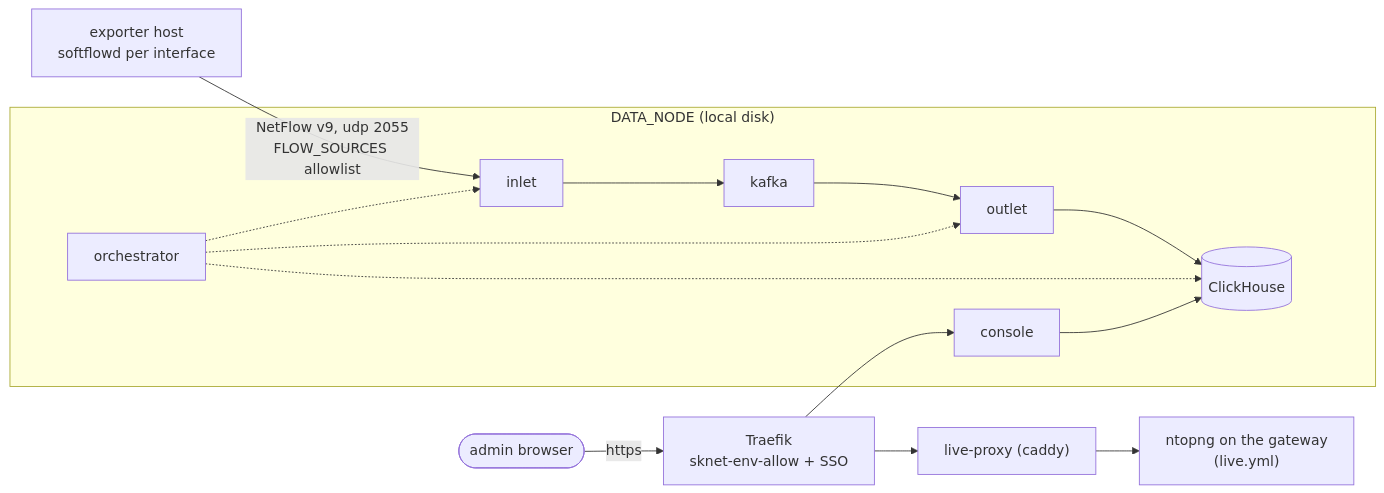
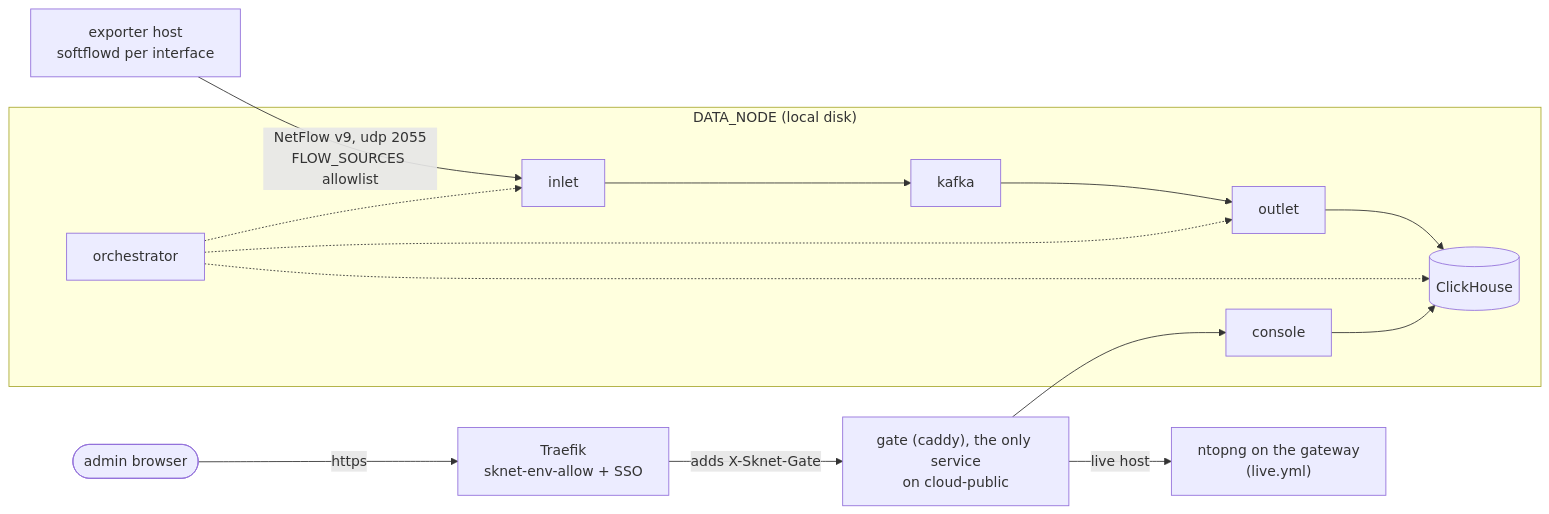
The diagram in v1/ansible/optional/sknet/README.md (smilinTux/skstacks), drawn with Mermaid before and after one commit. The commit also changed other lines of this file and 11 other files, not shown here.

First line of the commit message:
docs(sknet): describe the gate, the gwbridge source address and the review nits

````diff
--- a/v1/ansible/optional/sknet/README.md
+++ b/v1/ansible/optional/sknet/README.md
@@ -24,12 +24,13 @@
 ```mermaid
 flowchart LR
     gw["exporter host<br/>softflowd per interface"] -->|"NetFlow v9, udp 2055<br/>FLOW_SOURCES allowlist"| inlet
     subgraph node["DATA_NODE (local disk)"]
       inlet --> kafka --> outlet --> ch[("ClickHouse")]
       orch["orchestrator"] -.-> inlet & outlet & ch
       console --> ch
     end
     admin(["admin browser"]) -->|"https"| traefik["Traefik<br/>sknet-env-allow + SSO"]
-    traefik --> console
-    traefik --> proxy["live-proxy (caddy)"] --> ntop["ntopng on the gateway<br/>(live.yml)"]
+    traefik -->|"adds X-Sknet-Gate"| gate["gate (caddy), the only service<br/>on cloud-public"]
+    gate --> console
+    gate -->|"live host"| ntop["ntopng on the gateway<br/>(live.yml)"]
 ```
````
